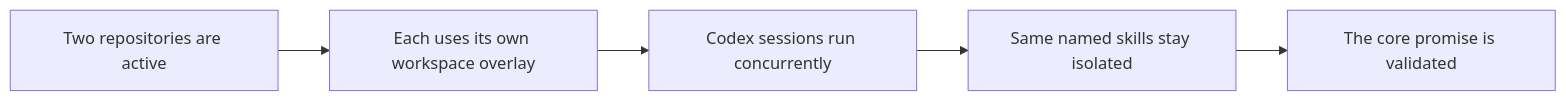
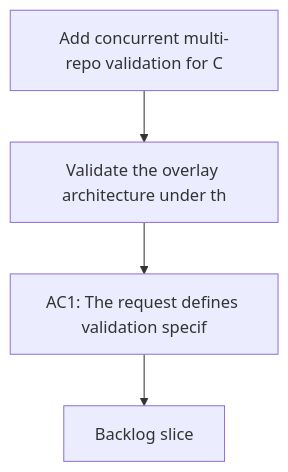
The diagram in logics/request/req_073_add_concurrent_multi_repo_validation_for_codex_workspace_overlays.md (AlexAgo83/logics-manager), drawn with Mermaid before and after one commit. The commit also changed other lines of this file and 481 other files, not shown here.

````diff
--- a/logics/request/req_073_add_concurrent_multi_repo_validation_for_codex_workspace_overlays.md
+++ b/logics/request/req_073_add_concurrent_multi_repo_validation_for_codex_workspace_overlays.md
@@ -31,9 +31,8 @@
 ```mermaid
 %% logics-kind: request
 %% logics-signature: request|add-concurrent-multi-repo-validation-for|validate-the-overlay-architecture-under-|ac1-the-request-defines-validation-speci
-flowchart LR
-    Repos[Two repositories are active] --> Overlays[Each uses its own workspace overlay]
-    Overlays --> Sessions[Codex sessions run concurrently]
-    Sessions --> Isolation[Same named skills stay isolated]
-    Isolation --> Outcome[The core promise is validated]
+flowchart TD
+    Trigger[Add concurrent multi-repo validation for C] --> Need[Validate the overlay architecture under th]
+    Need --> Outcome[AC1: The request defines validation specif]
+    Outcome --> Backlog[Backlog slice]
 ```
````
